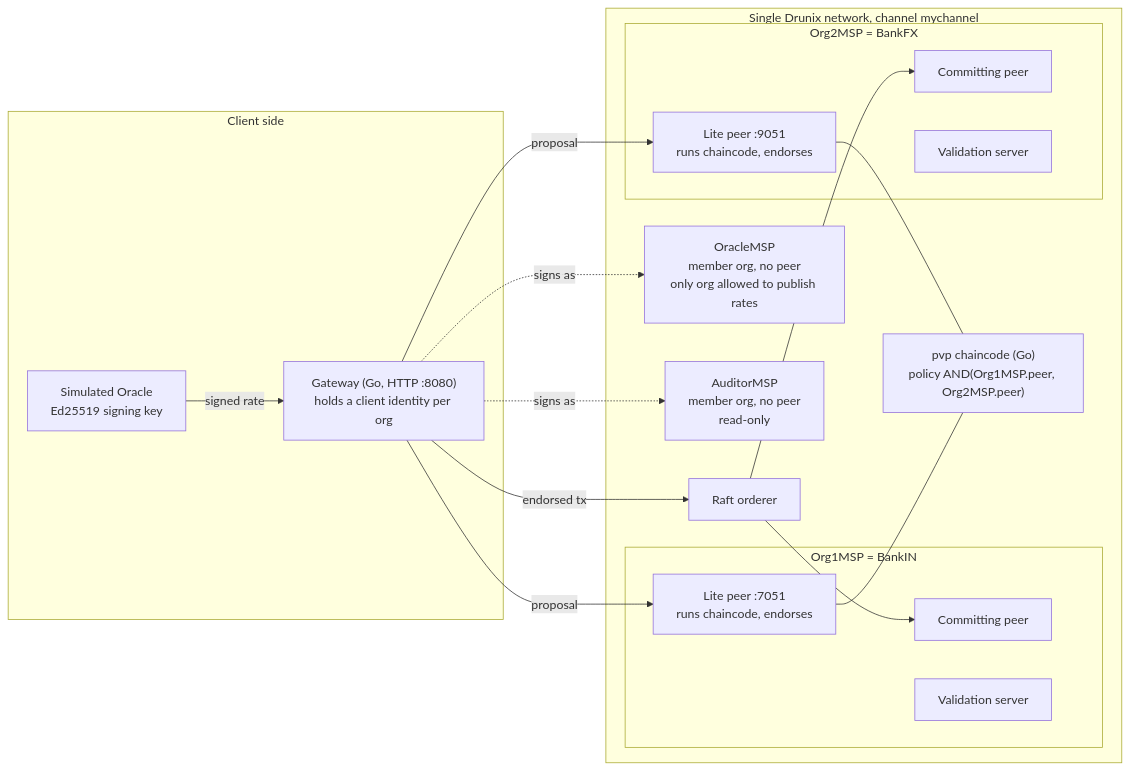
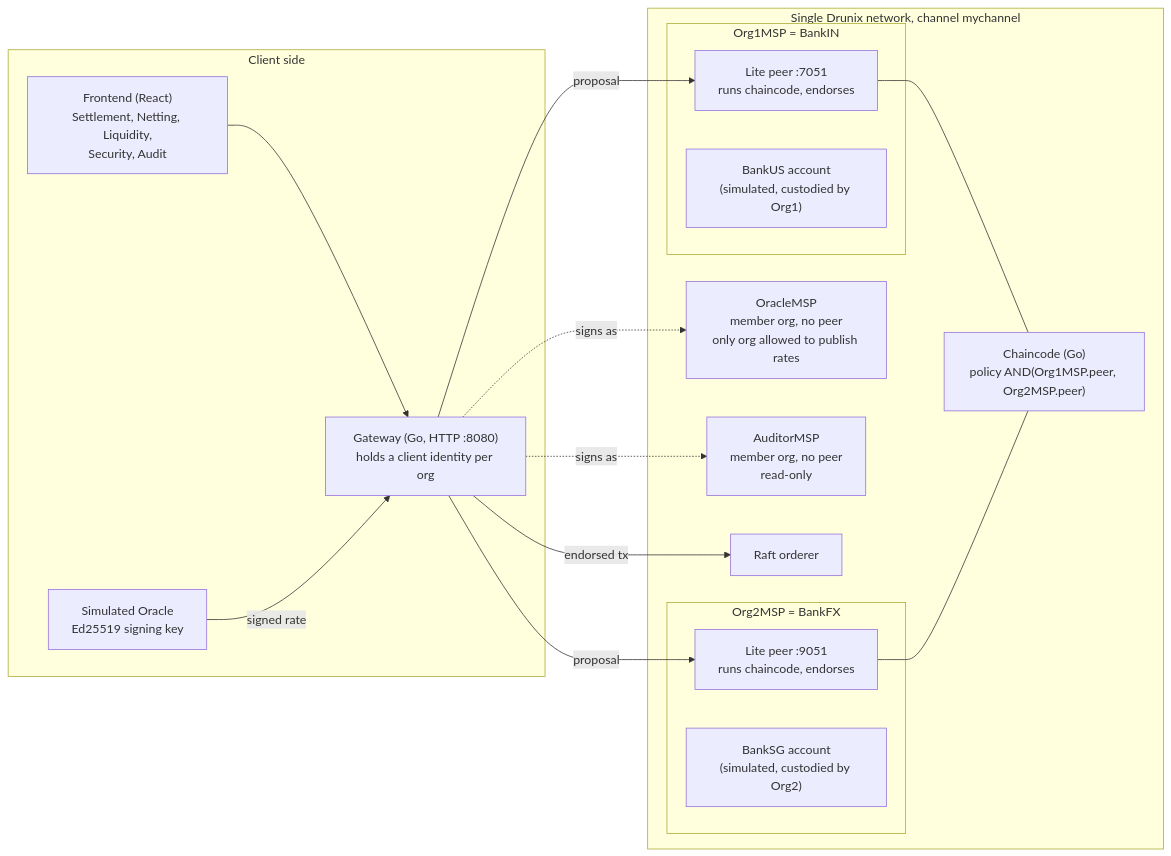
The diagram in README.md (shraddha-1210/Advait), drawn with Mermaid before and after one commit. The commit also changed other lines of this file, not shown here.

First line of the commit message:
Rewrite README for the liquidity engine and correct test counts

````diff
--- a/README.md
+++ b/README.md
@@ -21,35 +31,33 @@
 ```mermaid
 flowchart LR
     subgraph Client side
+        UI["Frontend (React)<br/>Settlement, Netting, Liquidity,<br/>Security, Audit"]
         API["Gateway (Go, HTTP :8080)<br/>holds a client identity per org"]
         OR["Simulated Oracle<br/>Ed25519 signing key"]
     end
 
     subgraph DN["Single Drunix network, channel mychannel"]
         subgraph O1["Org1MSP = BankIN"]
             LP1["Lite peer :7051<br/>runs chaincode, endorses"]
-            CP1["Committing peer"]
-            VS1["Validation server"]
+            US["BankUS account<br/>(simulated, custodied by Org1)"]
         end
         subgraph O2["Org2MSP = BankFX"]
             LP2["Lite peer :9051<br/>runs chaincode, endorses"]
-            CP2["Committing peer"]
-            VS2["Validation server"]
+            SG["BankSG account<br/>(simulated, custodied by Org2)"]
         end
         ORACLE["OracleMSP<br/>member org, no peer<br/>only org allowed to publish rates"]
         AUDITOR["AuditorMSP<br/>member org, no peer<br/>read-only"]
         ORD["Raft orderer"]
-        CC["pvp chaincode (Go)<br/>policy AND(Org1MSP.peer, Org2MSP.peer)"]
+        CC["Chaincode (Go)<br/>policy AND(Org1MSP.peer, Org2MSP.peer)"]
     end
 
+    UI --> API
     OR -- signed rate --> API
     API -. "signs as" .-> ORACLE
     API -. "signs as" .-> AUDITOR
     API -- proposal --> LP1
     API -- proposal --> LP2
     LP1 --- CC
     LP2 --- CC
     API -- endorsed tx --> ORD
-    ORD --> CP1
-    ORD --> CP2
 ```
````
